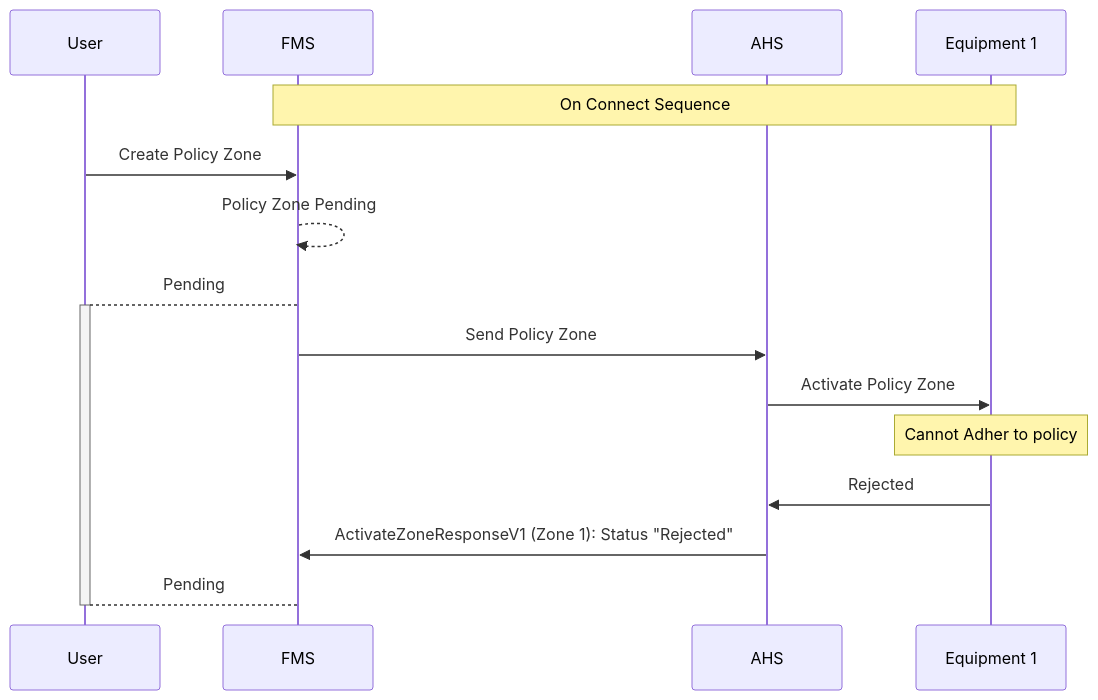
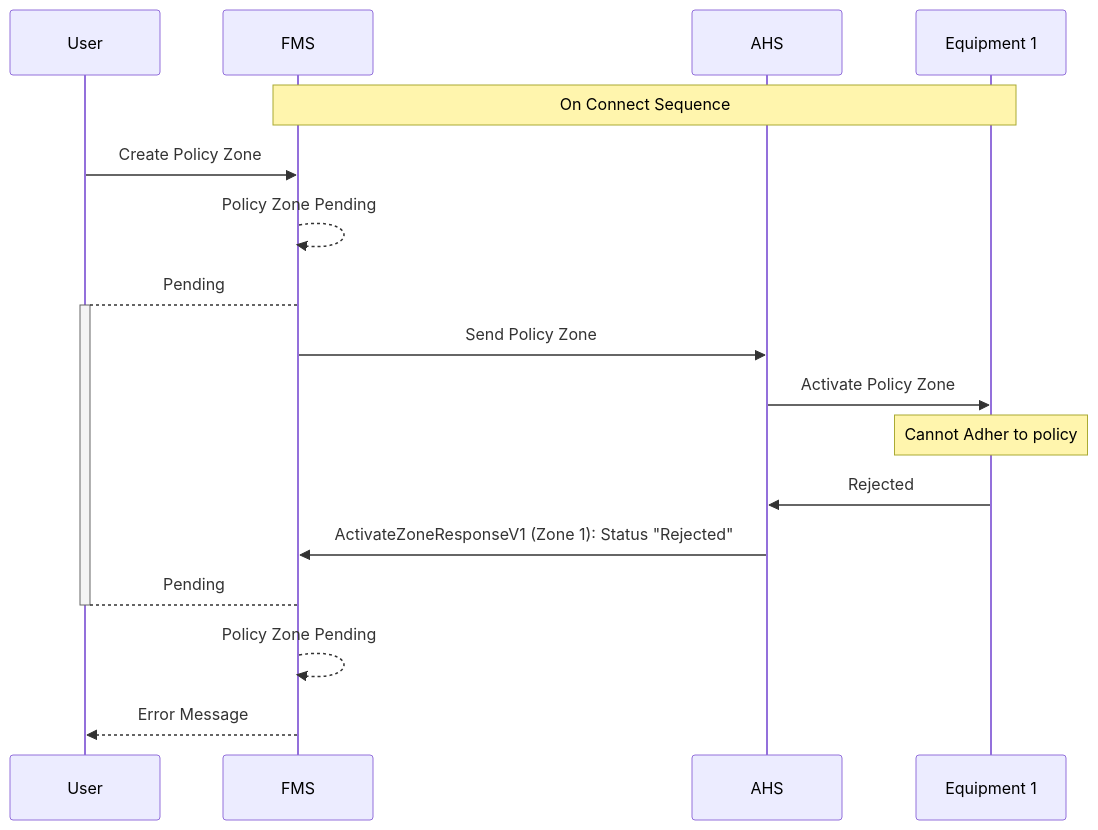
Before and after one commit to open-autonomy/zone: the third of 3 diagrams in diagram/SequenceDiagrams.md, drawn with Mermaid. The commit also changed 10 other files, not shown here.

Commit message:
updated mermaid, added diagram svg in draw.io

````diff
--- a/diagram/SequenceDiagrams.md
+++ b/diagram/SequenceDiagrams.md
@@ -102,18 +102,20 @@
 ```mermaid
 sequenceDiagram
     participant User
     participant FMS
     participant AHS
     participant Equipment 1
 
     Note over FMS,Equipment 1: On Connect Sequence
     User->>FMS: Create Policy Zone
     FMS-->>FMS: Policy Zone Pending
     FMS-->+User: Pending
     FMS->>AHS: Send Policy Zone
     AHS->>Equipment 1: Activate Policy Zone
     Note Over Equipment 1: Cannot Adher to policy
     Equipment 1->>AHS: Rejected
     AHS->>FMS: ActivateZoneResponseV1 (Zone 1): Status "Rejected"
     User-->-FMS: Pending
+    FMS-->>FMS: Policy Zone Pending
+    FMS-->>User: Error Message
 ```
````
